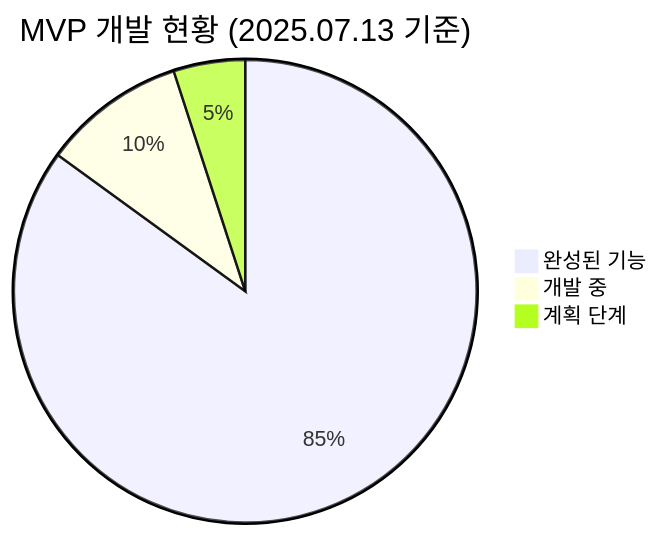
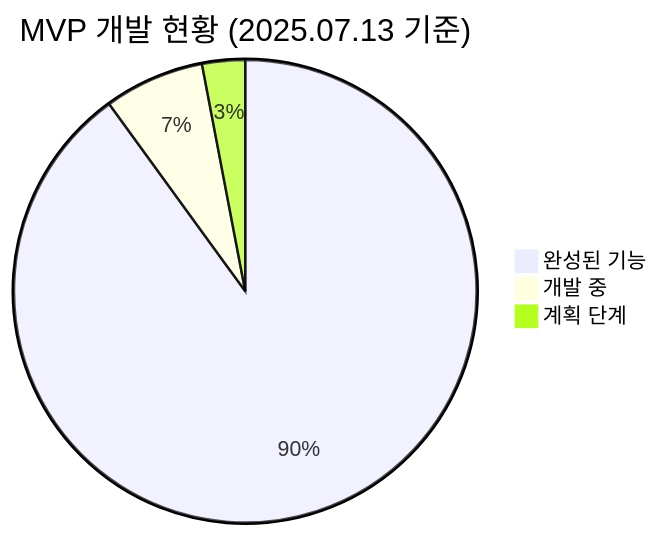
The fourth of 4 diagrams in README.md (positivemultiplier/LG_DX_SCHOOL), drawn with Mermaid before and after one commit. The commit also changed other lines of this file, not shown here.

````diff
--- a/README.md
+++ b/README.md
@@ -179,6 +185,6 @@
 ```mermaid
 pie title MVP 개발 현황 (2025.07.13 기준)
-    "완성된 기능" : 85
-    "개발 중" : 10
-    "계획 단계" : 5
+    "완성된 기능" : 90
+    "개발 중" : 7
+    "계획 단계" : 3
 ```
````
